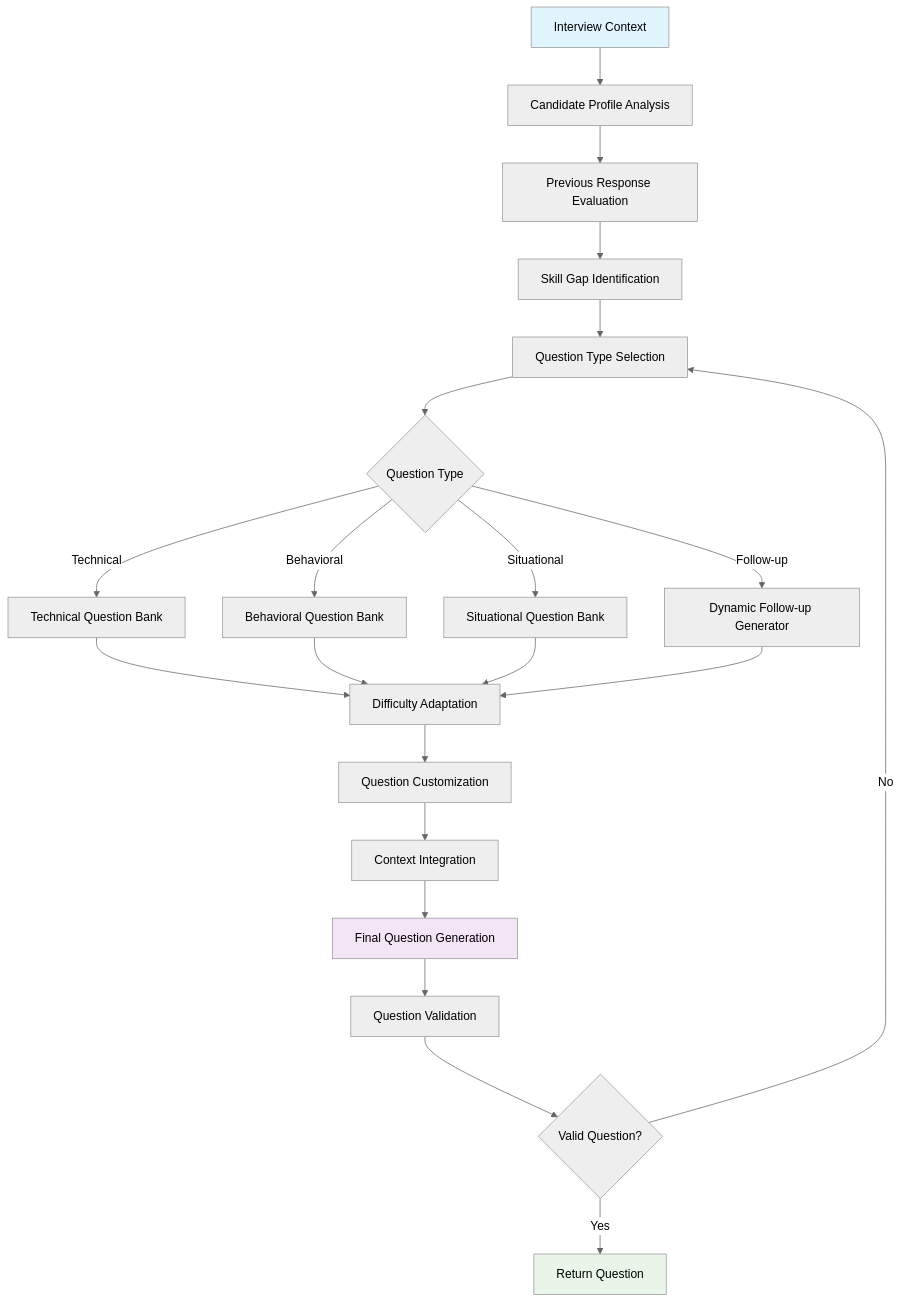
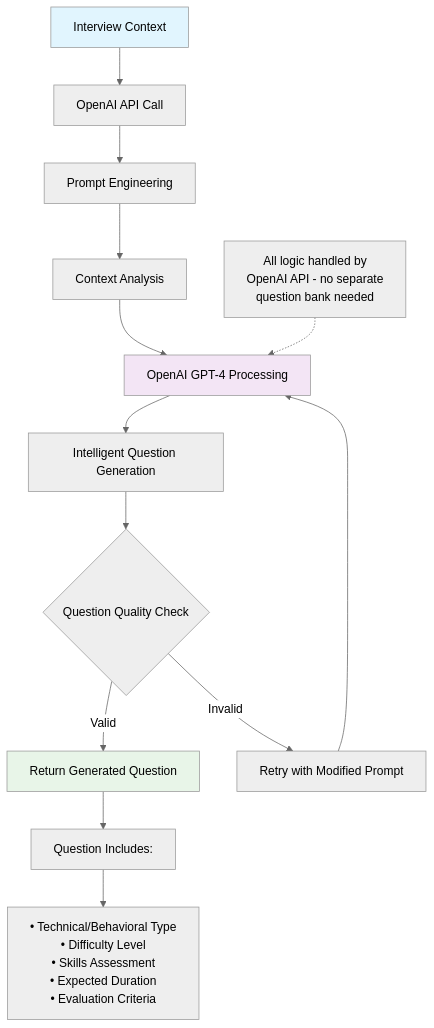
One commit to Harsh-31/test-cursor changed the fourth of 9 diagrams in System_Flow_Diagrams.md. Above: the diagram before and after it, drawn with Mermaid (neutral theme). The commit also changed other lines of this file and 1 other file, not shown here.

Commit message:
Refactor system architecture to use OpenAI API for NLP tasks

````diff
--- a/System_Flow_Diagrams.md
+++ b/System_Flow_Diagrams.md
@@ -128,31 +128,24 @@
 ```mermaid
 graph TD
-    A[Interview Context] --> B[Candidate Profile Analysis]
-    B --> C[Previous Response Evaluation]
-    C --> D[Skill Gap Identification]
-    D --> E[Question Type Selection]
+    A[Interview Context] --> B[OpenAI API Call]
+    B --> C[Prompt Engineering]
+    C --> D[Context Analysis]
     
-    E --> F{Question Type}
-    F -->|Technical| G[Technical Question Bank]
-    F -->|Behavioral| H[Behavioral Question Bank]
-    F -->|Situational| I[Situational Question Bank]
-    F -->|Follow-up| J[Dynamic Follow-up Generator]
+    D --> E[OpenAI GPT-4 Processing]
+    E --> F[Intelligent Question Generation]
     
-    G --> K[Difficulty Adaptation]
-    H --> K
-    I --> K
-    J --> K
+    F --> G{Question Quality Check}
+    G -->|Valid| H[Return Generated Question]
+    G -->|Invalid| I[Retry with Modified Prompt]
+    I --> E
     
-    K --> L[Question Customization]
-    L --> M[Context Integration]
-    M --> N[Final Question Generation]
-    
-    N --> O[Question Validation]
-    O --> P{Valid Question?}
-    P -->|Yes| Q[Return Question]
-    P -->|No| E
+    H --> J[Question Includes:]
+    J --> K[• Technical/Behavioral Type<br/>• Difficulty Level<br/>• Skills Assessment<br/>• Expected Duration<br/>• Evaluation Criteria]
     
     style A fill:#e1f5fe
-    style N fill:#f3e5f5
-    style Q fill:#e8f5e8
+    style E fill:#f3e5f5
+    style H fill:#e8f5e8
+    
+    Note1[All logic handled by<br/>OpenAI API - no separate<br/>question bank needed]
+    Note1 -.-> E
 ```
````
